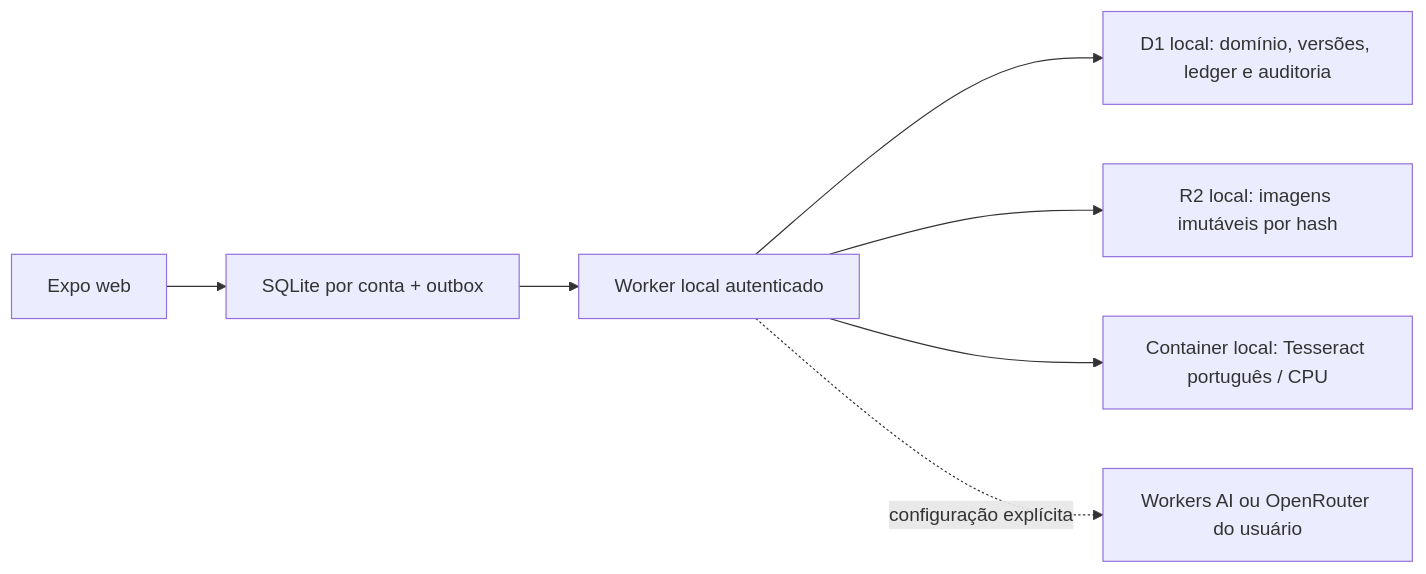
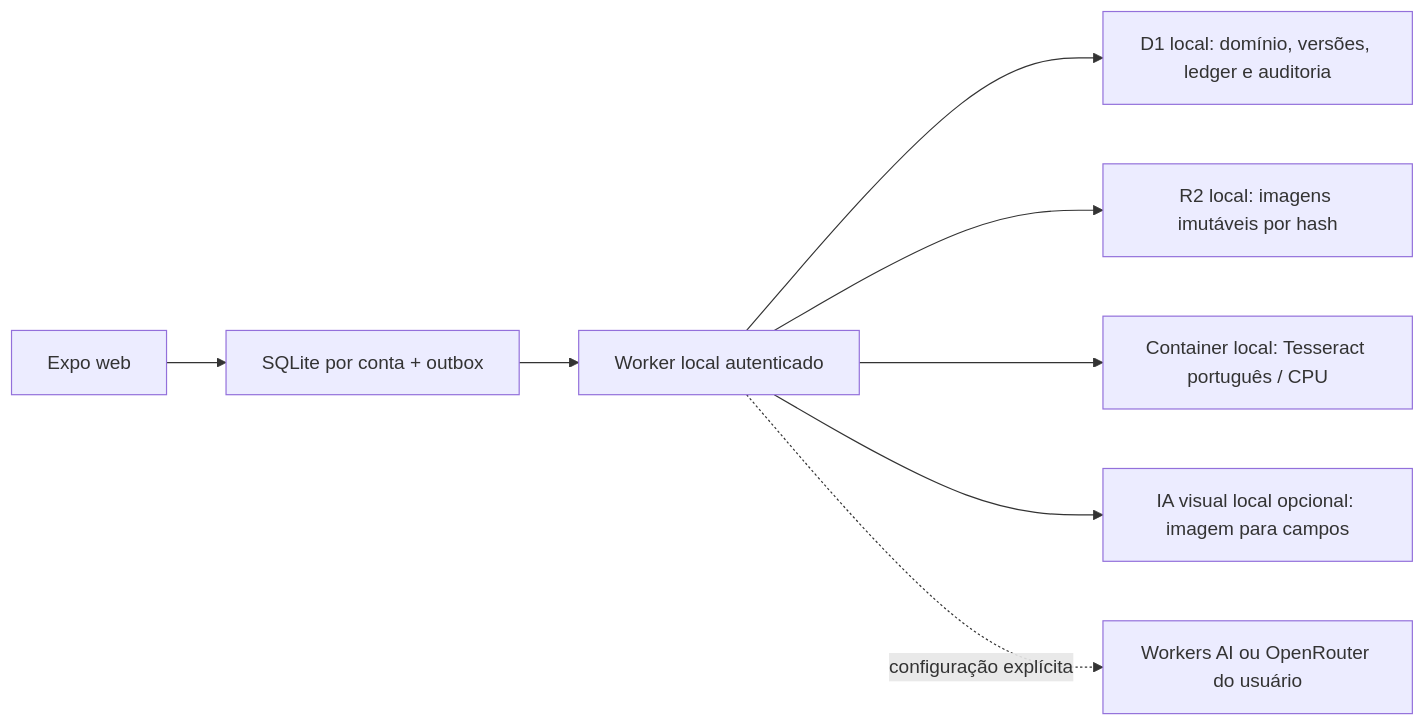
Before and after one commit to badmuriss/agrogest: the diagram in agrogest-app/docs/CLOUDFLARE_LOCAL.md, drawn with Mermaid. The commit also changed other lines of this file and 353 other files, not shown here.

Commit message:
feat: integrar IA visual local e simplificar a entrega da GS

````diff
--- a/agrogest-app/docs/CLOUDFLARE_LOCAL.md
+++ b/agrogest-app/docs/CLOUDFLARE_LOCAL.md
@@ -66,9 +66,10 @@
 ```mermaid
 flowchart LR
   UI[Expo web] --> SQL[SQLite por conta + outbox]
   SQL --> API[Worker local autenticado]
   API --> D1[D1 local: domínio, versões, ledger e auditoria]
   API --> R2[R2 local: imagens imutáveis por hash]
   API --> OCR[Container local: Tesseract português / CPU]
+  API --> VLM[IA visual local opcional: imagem para campos]
   API -. configuração explícita .-> REMOTE[Workers AI ou OpenRouter do usuário]
 ```
````
